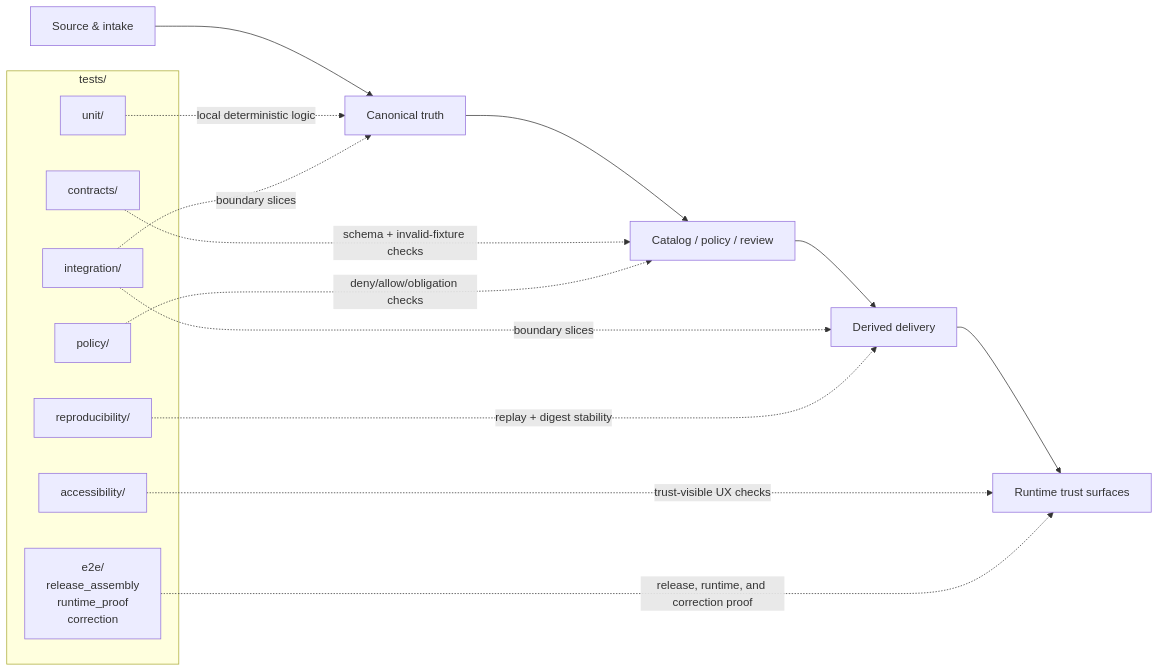
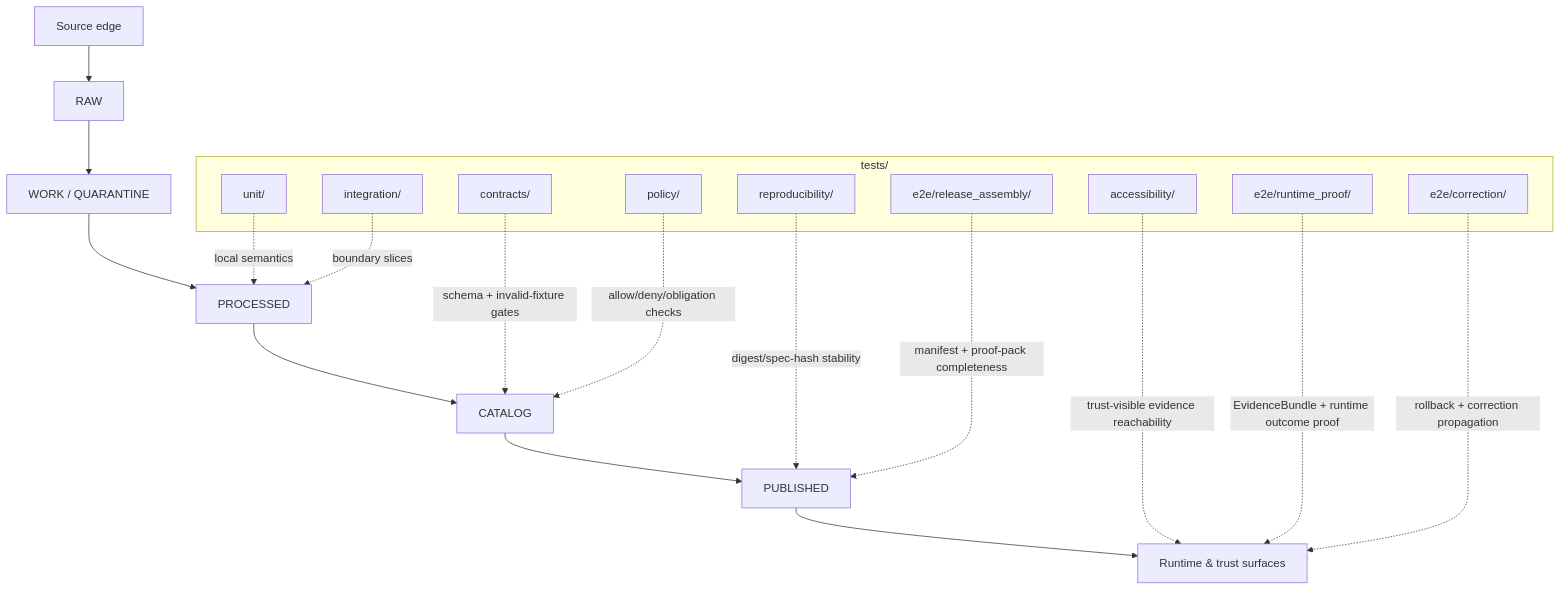
Before and after one commit to bartytime4life/Kansas-Frontier-Matrix: the diagram in tests/README.md, drawn with Mermaid. The commit also changed other lines of this file, not shown here.

````diff
--- a/tests/README.md
+++ b/tests/README.md
@@ -230,26 +246,31 @@
 ```mermaid
-flowchart LR
-    A["Source & intake"] --> B["Canonical truth"]
-    B --> C["Catalog / policy / review"]
-    C --> D["Derived delivery"]
-    D --> E["Runtime trust surfaces"]
+flowchart TB
+    SE["Source edge"] --> RAW["RAW"]
+    RAW --> WQ["WORK / QUARANTINE"]
+    WQ --> PROC["PROCESSED"]
+    PROC --> CAT["CATALOG"]
+    CAT --> PUB["PUBLISHED"]
+    PUB --> RT["Runtime & trust surfaces"]
 
     subgraph T["tests/"]
       U["unit/"]
       I["integration/"]
-      CT["contracts/"]
+      C["contracts/"]
       P["policy/"]
       AX["accessibility/"]
       R["reproducibility/"]
-      E2["e2e/\nrelease_assembly\nruntime_proof\ncorrection"]
+      RA["e2e/release_assembly/"]
+      RP["e2e/runtime_proof/"]
+      CR["e2e/correction/"]
     end
 
-    U -. local deterministic logic .-> B
-    I -. boundary slices .-> B
-    I -. boundary slices .-> D
-    CT -. schema + invalid-fixture checks .-> C
-    P -. deny/allow/obligation checks .-> C
-    AX -. trust-visible UX checks .-> E
-    R -. replay + digest stability .-> D
-    E2 -. release, runtime, and correction proof .-> E
+    U -. local semantics .-> PROC
+    I -. boundary slices .-> PROC
+    C -. schema + invalid-fixture gates .-> CAT
+    P -. allow/deny/obligation checks .-> CAT
+    AX -. trust-visible evidence reachability .-> RT
+    R -. digest/spec-hash stability .-> PUB
+    RA -. manifest + proof-pack completeness .-> PUB
+    RP -. EvidenceBundle + runtime outcome proof .-> RT
+    CR -. rollback + correction propagation .-> RT
 ```
````
